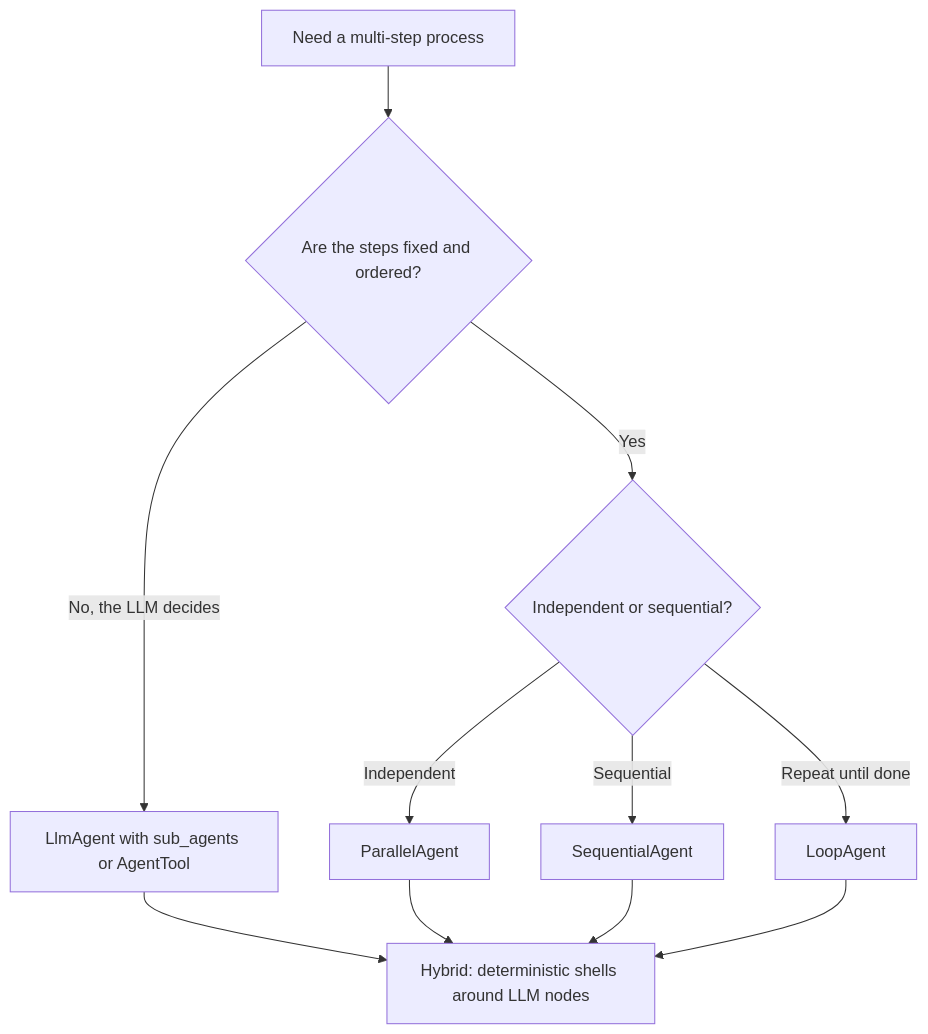
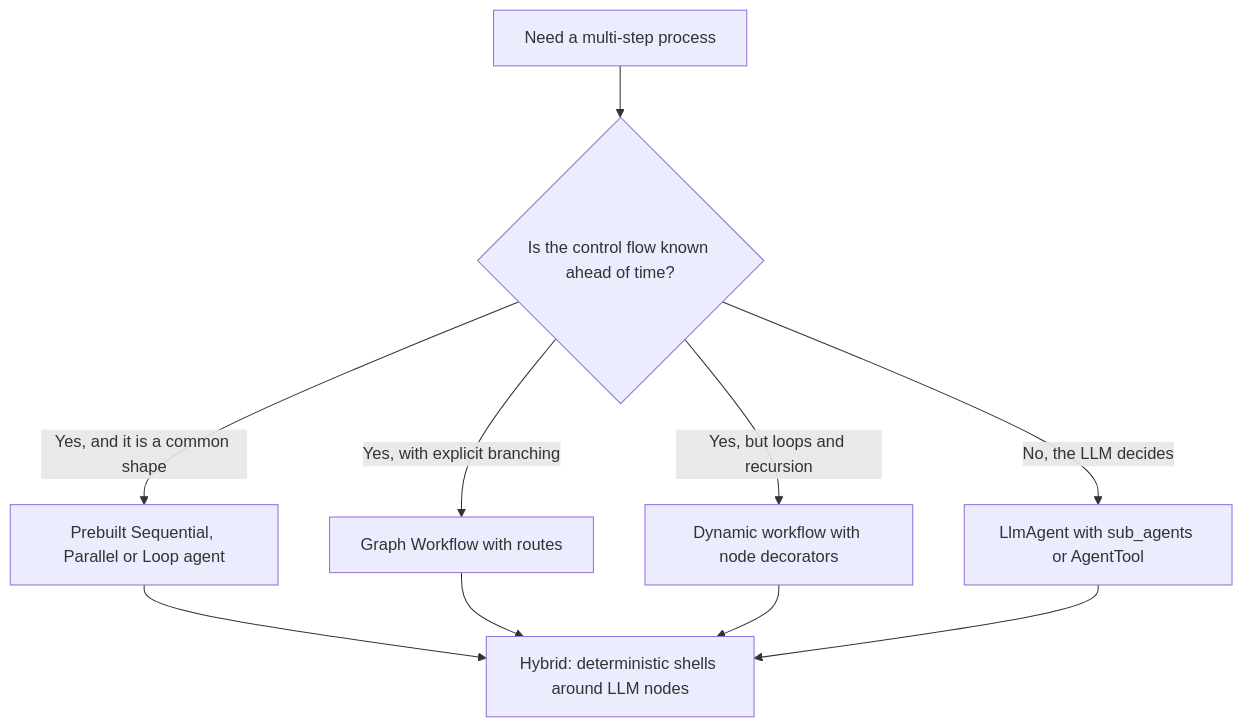
Before and after one commit to JuanLara18/portfolio: the third of 4 diagrams in front/public/blog/posts/field-notes/google-adk-agent-development-deep-dive.md, drawn with Mermaid. The commit also changed other lines of this file and 2 other files, not shown here.

````diff
--- a/front/public/blog/posts/field-notes/google-adk-agent-development-deep-dive.md
+++ b/front/public/blog/posts/field-notes/google-adk-agent-development-deep-dive.md
@@ -338,14 +398,13 @@
 ```mermaid
 flowchart TB
     Start[Need a multi-step process]
-    Start --> Q1{Are the steps fixed and ordered?}
-    Q1 -- Yes --> Q2{Independent or sequential?}
+    Start --> Q1{Is the control flow known ahead of time?}
     Q1 -- No, the LLM decides --> LlmDeleg[LlmAgent with sub_agents or AgentTool]
-    Q2 -- Independent --> Par[ParallelAgent]
-    Q2 -- Sequential --> Seq[SequentialAgent]
-    Q2 -- Repeat until done --> Loop[LoopAgent]
-    LlmDeleg --> Hybrid[Hybrid: deterministic shells around LLM nodes]
-    Par --> Hybrid
-    Seq --> Hybrid
-    Loop --> Hybrid
+    Q1 -- Yes, and it is a common shape --> Pre[Prebuilt Sequential, Parallel or Loop agent]
+    Q1 -- Yes, with explicit branching --> Graph[Graph Workflow with routes]
+    Q1 -- Yes, but loops and recursion --> Dyn[Dynamic workflow with node decorators]
+    Pre --> Hybrid[Hybrid: deterministic shells around LLM nodes]
+    Graph --> Hybrid
+    Dyn --> Hybrid
+    LlmDeleg --> Hybrid
 ```
````
